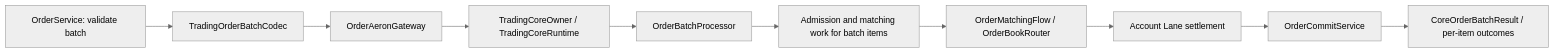
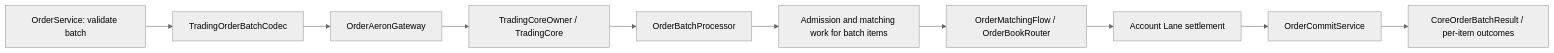
The sixth of 15 diagrams in README.md (lilaizhencn/surprising-ex), drawn with Mermaid (neutral theme) before and after one commit. The commit also changed other lines of this file and 329 other files, not shown here.

````diff
--- a/README.md
+++ b/README.md
@@ -181,12 +181,12 @@
 ```mermaid
 flowchart LR
     OS[OrderService: validate batch] --> Codec[TradingOrderBatchCodec]
     Codec --> Gateway[OrderAeronGateway]
-    Gateway --> Owner[TradingCoreOwner / TradingCoreRuntime]
+    Gateway --> Owner[TradingCoreOwner / TradingCore]
     Owner --> Batch[OrderBatchProcessor]
     Batch --> Slots[Admission and matching work for batch items]
     Slots --> Matching[OrderMatchingFlow / OrderBookRouter]
     Matching --> Lanes[Account Lane settlement]
     Lanes --> Commit[OrderCommitService]
     Commit --> Response[CoreOrderBatchResult / per-item outcomes]
 ```
````
